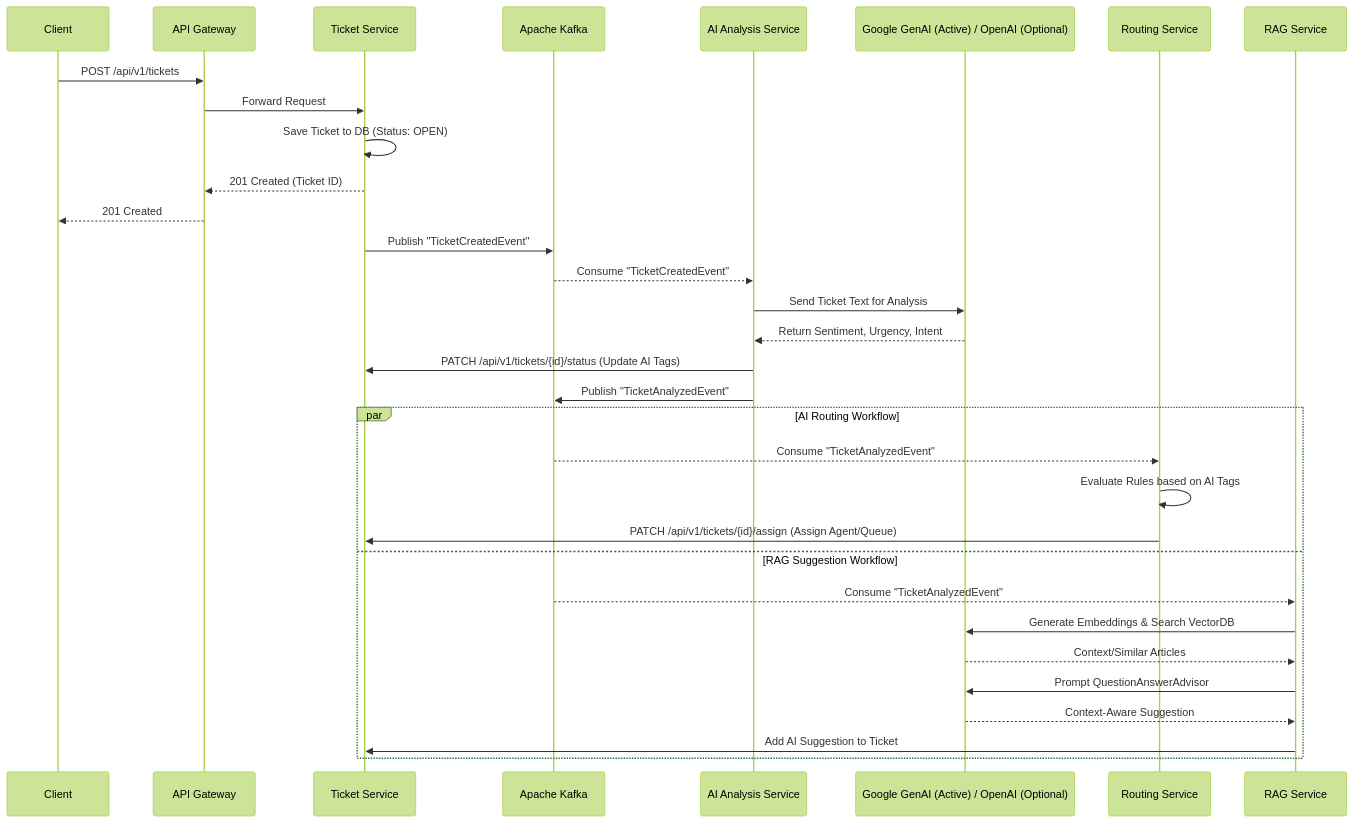
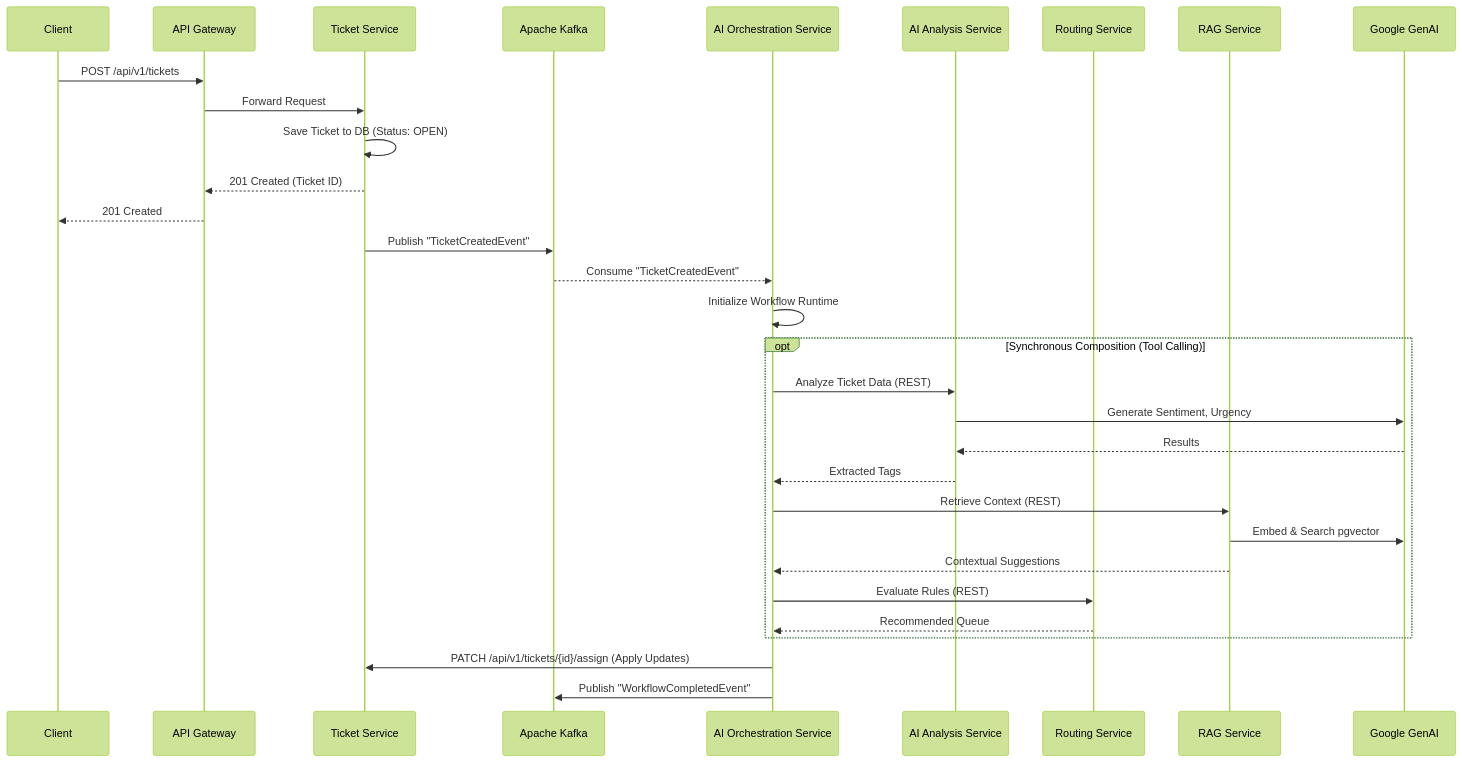
The second of 2 diagrams in OVERVIEW.md (avisheksingha/ai-support-system), drawn with Mermaid (forest theme) before and after one commit. The commit also changed other lines of this file and 370 other files, not shown here.

Commit message:
feat: implement core orchestration infrastructure, workflow persistence, and MCP integration support

````diff
--- a/OVERVIEW.md
+++ b/OVERVIEW.md
@@ -64,38 +70,40 @@
 ```mermaid
 sequenceDiagram
     participant Client
     participant Gateway as API Gateway
     participant TicketSvc as Ticket Service
     participant Kafka as Apache Kafka
+    participant OrchSvc as AI Orchestration Service
     participant AISvc as AI Analysis Service
-    participant ExternalAI as Google GenAI (Active) / OpenAI (Optional)
     participant RoutingSvc as Routing Service
     participant RAGSvc as RAG Service
+    participant ExternalAI as Google GenAI
 
     Client->>Gateway: POST /api/v1/tickets
     Gateway->>TicketSvc: Forward Request
     TicketSvc->>TicketSvc: Save Ticket to DB (Status: OPEN)
     TicketSvc-->>Gateway: 201 Created (Ticket ID)
     Gateway-->>Client: 201 Created
     
     TicketSvc->>Kafka: Publish "TicketCreatedEvent"
-    Kafka-->>AISvc: Consume "TicketCreatedEvent"
+    Kafka-->>OrchSvc: Consume "TicketCreatedEvent"
     
-    AISvc->>ExternalAI: Send Ticket Text for Analysis
-    ExternalAI-->>AISvc: Return Sentiment, Urgency, Intent
-    AISvc->>TicketSvc: PATCH /api/v1/tickets/{id}/status (Update AI Tags)
-    AISvc->>Kafka: Publish "TicketAnalyzedEvent"
+    OrchSvc->>OrchSvc: Initialize Workflow Runtime
     
-    par AI Routing Workflow
-        Kafka-->>RoutingSvc: Consume "TicketAnalyzedEvent"
-        RoutingSvc->>RoutingSvc: Evaluate Rules based on AI Tags
-        RoutingSvc->>TicketSvc: PATCH /api/v1/tickets/{id}/assign (Assign Agent/Queue)
-    and RAG Suggestion Workflow
-        Kafka-->>RAGSvc: Consume "TicketAnalyzedEvent"
-        RAGSvc->>ExternalAI: Generate Embeddings & Search VectorDB
-        ExternalAI-->>RAGSvc: Context/Similar Articles
-        RAGSvc->>ExternalAI: Prompt QuestionAnswerAdvisor
-        ExternalAI-->>RAGSvc: Context-Aware Suggestion
-        RAGSvc->>TicketSvc: Add AI Suggestion to Ticket
+    opt Synchronous Composition (Tool Calling)
+        OrchSvc->>AISvc: Analyze Ticket Data (REST)
+        AISvc->>ExternalAI: Generate Sentiment, Urgency
+        ExternalAI-->>AISvc: Results
+        AISvc-->>OrchSvc: Extracted Tags
+        
+        OrchSvc->>RAGSvc: Retrieve Context (REST)
+        RAGSvc->>ExternalAI: Embed & Search pgvector
+        RAGSvc-->>OrchSvc: Contextual Suggestions
+        
+        OrchSvc->>RoutingSvc: Evaluate Rules (REST)
+        RoutingSvc-->>OrchSvc: Recommended Queue
     end
+    
+    OrchSvc->>TicketSvc: PATCH /api/v1/tickets/{id}/assign (Apply Updates)
+    OrchSvc->>Kafka: Publish "WorkflowCompletedEvent"
 ```
````
